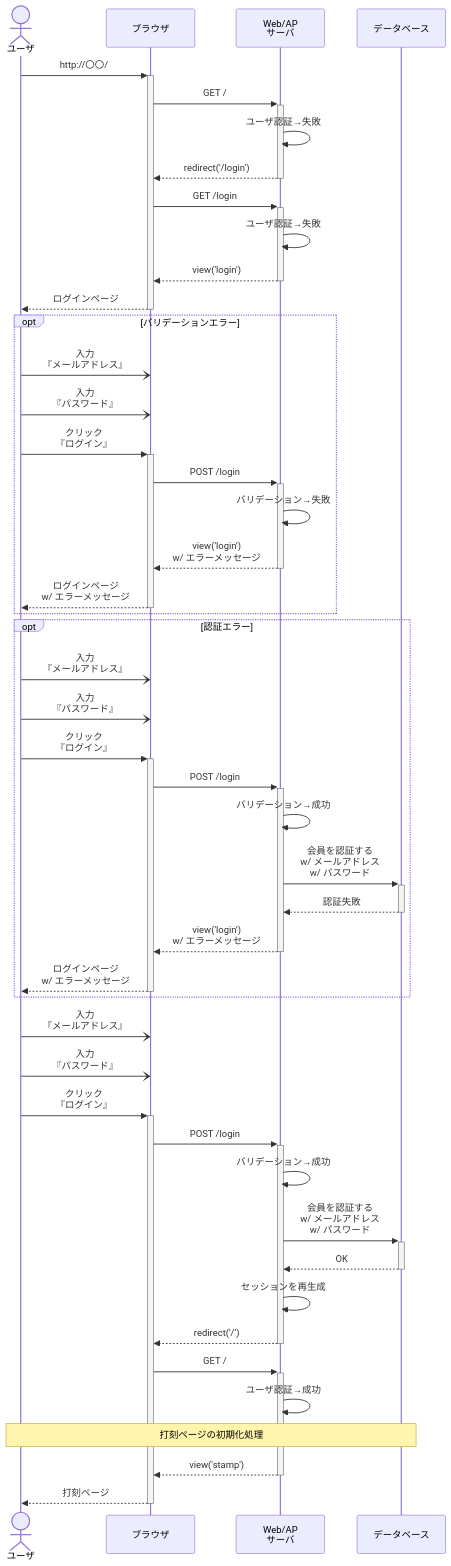
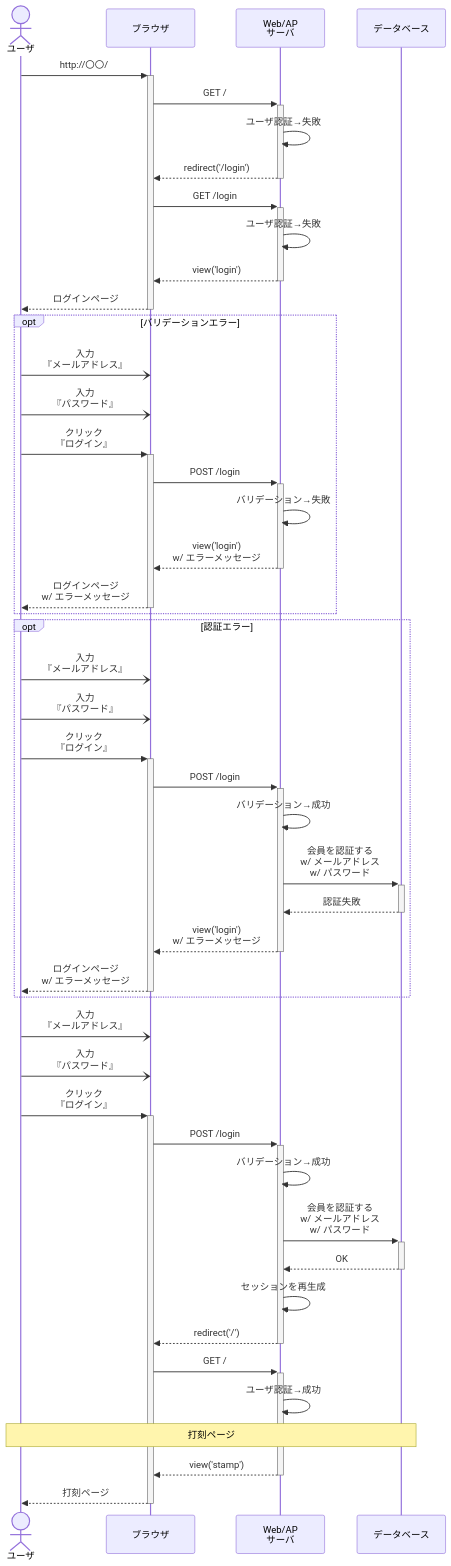
The diagram in doc/シーケンス図/ログイン.md (ryamao/atte), drawn with Mermaid before and after one commit. The commit also changed 1 other file, not shown here.

Commit message:
doc(verify): メールによる本人確認機能をシーケンス図に追加する

````diff
--- a/doc/シーケンス図/ログイン.md
+++ b/doc/シーケンス図/ログイン.md
@@ -3,53 +3,53 @@
 ```mermaid
 sequenceDiagram
   actor U as ユーザ
   participant B as ブラウザ
   participant A as Web/AP<br>サーバ
   participant D as データベース
 
   U ->>+ B : http://〇〇/
   B ->>+ A : GET /
   A ->> A : ユーザ認証→失敗
   A -->>- B : redirect('/login')
   B ->>+ A : GET /login
   A ->> A : ユーザ認証→失敗
   A -->>- B : view('login')
   B -->>- U : ログインページ
 
   opt バリデーションエラー
     U -) B : 入力<br>『メールアドレス』
     U -) B : 入力<br>『パスワード』
     U ->>+ B : クリック<br>『ログイン』
     B ->>+ A : POST /login
     A ->> A : バリデーション→失敗
     A -->>- B : view('login')<br>w/ エラーメッセージ
     B -->>- U : ログインページ<br>w/ エラーメッセージ
   end
 
   opt 認証エラー
     U -) B : 入力<br>『メールアドレス』
     U -) B : 入力<br>『パスワード』
     U ->>+ B : クリック<br>『ログイン』
     B ->>+ A : POST /login
     A ->> A : バリデーション→成功
     A ->>+ D : 会員を認証する<br>w/ メールアドレス<br>w/ パスワード
     D -->>- A : 認証失敗
     A -->>- B : view('login')<br>w/ エラーメッセージ
     B -->>- U : ログインページ<br>w/ エラーメッセージ
   end
 
   U -) B : 入力<br>『メールアドレス』
   U -) B : 入力<br>『パスワード』
   U ->>+ B : クリック<br>『ログイン』
   B ->>+ A : POST /login
   A ->> A : バリデーション→成功
   A ->>+ D : 会員を認証する<br>w/ メールアドレス<br>w/ パスワード
   D -->>- A : OK
   A ->> A : セッションを再生成
   A -->>- B : redirect('/')
   B ->>+ A : GET /
   A ->> A : ユーザ認証→成功
-  note over U, D : 打刻ページの初期化処理
+  note over U, D : 打刻ページ
   A -->>- B : view('stamp')
   B -->>- U : 打刻ページ
 ```
````
